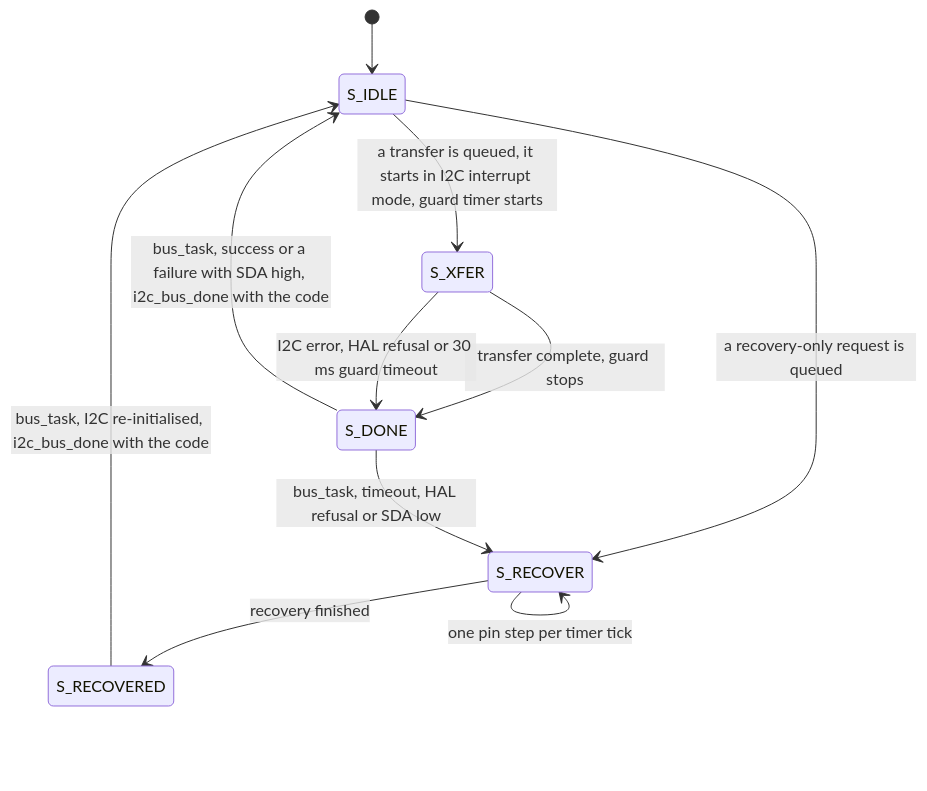
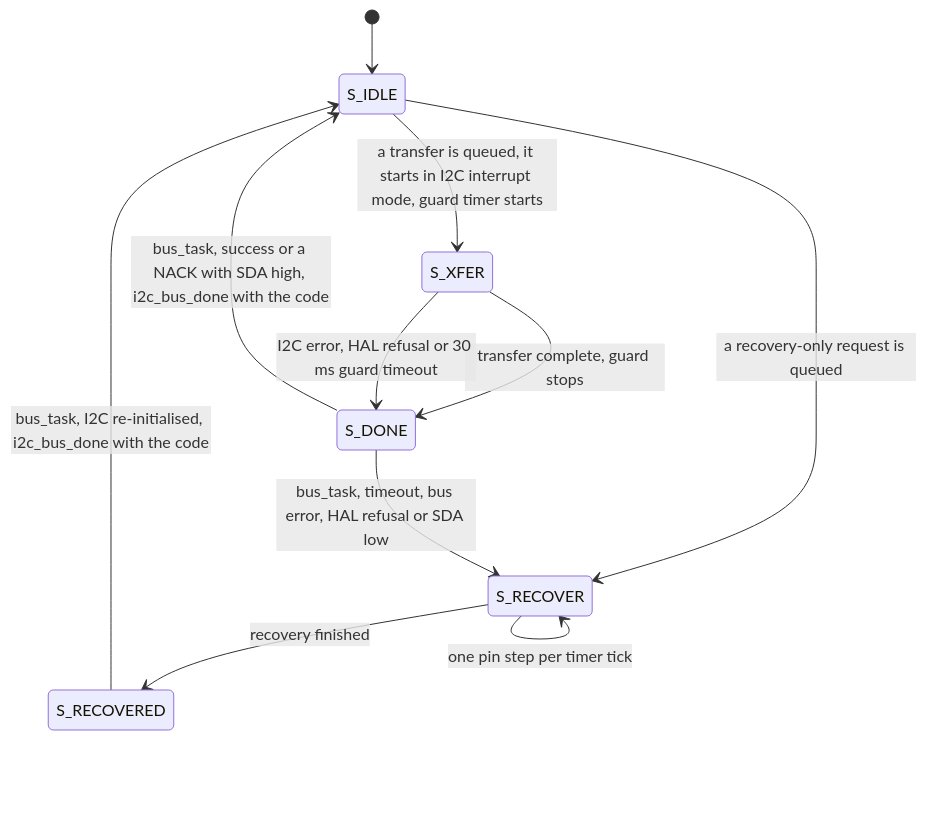
Before and after one commit to clintecker/weather-station-2026: the second of 5 diagrams in docs/firmware-event-model.md, drawn with Mermaid. The commit also changed other lines of this file and 42 other files, not shown here.

````diff
--- a/docs/firmware-event-model.md
+++ b/docs/firmware-event-model.md
@@ -66,13 +66,13 @@
 ```mermaid
 stateDiagram-v2
   [*] --> S_IDLE
   S_IDLE --> S_XFER : a transfer is queued, it starts in I2C interrupt mode, guard timer starts
   S_IDLE --> S_RECOVER : a recovery-only request is queued
   S_XFER --> S_DONE : transfer complete, guard stops
   S_XFER --> S_DONE : I2C error, HAL refusal or 30 ms guard timeout
-  S_DONE --> S_IDLE : bus_task, success or a failure with SDA high, i2c_bus_done with the code
-  S_DONE --> S_RECOVER : bus_task, timeout, HAL refusal or SDA low
+  S_DONE --> S_IDLE : bus_task, success or a NACK with SDA high, i2c_bus_done with the code
+  S_DONE --> S_RECOVER : bus_task, timeout, bus error, HAL refusal or SDA low
   S_RECOVER --> S_RECOVER : one pin step per timer tick
   S_RECOVER --> S_RECOVERED : recovery finished
   S_RECOVERED --> S_IDLE : bus_task, I2C re-initialised, i2c_bus_done with the code
 ```
````
